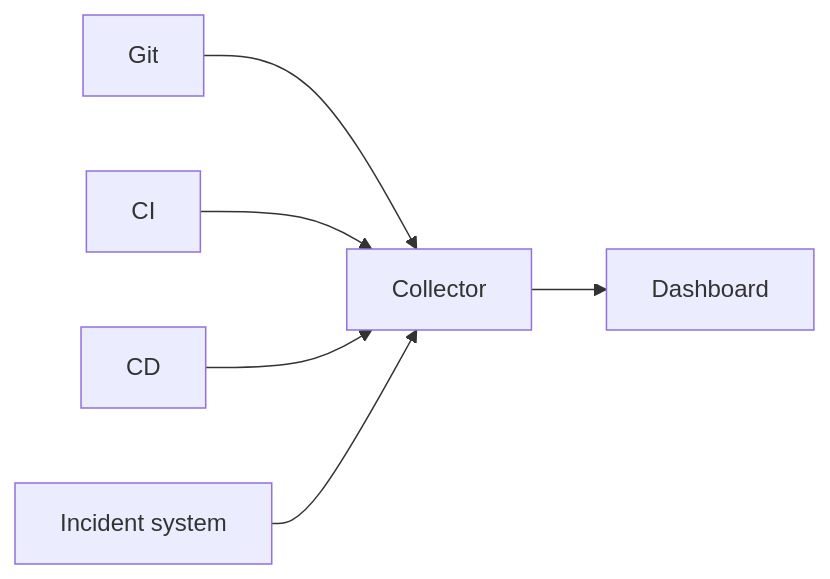
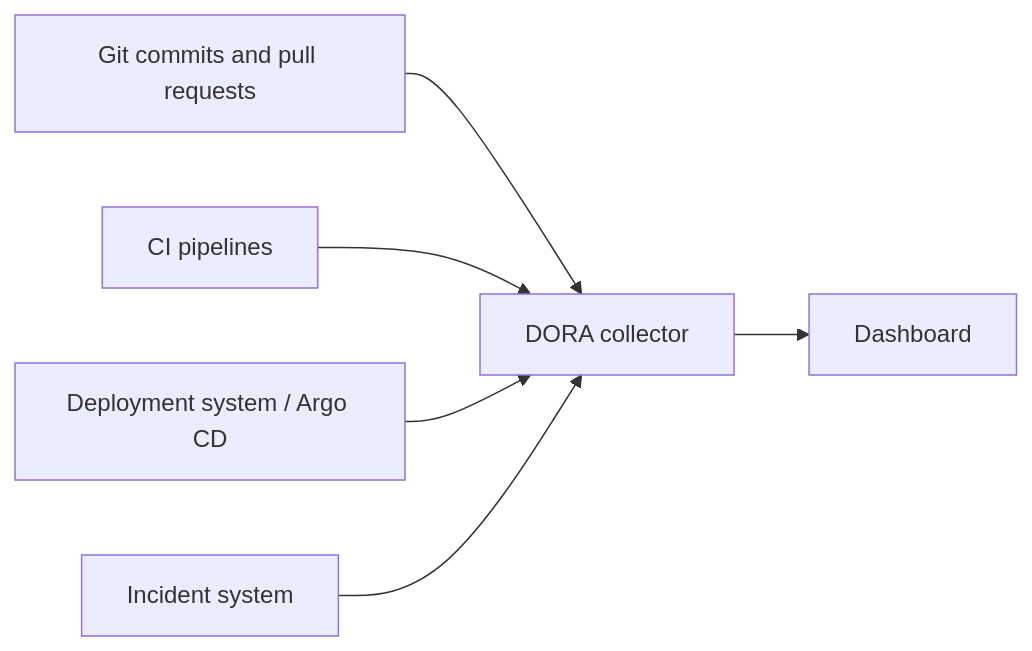
The second of 4 diagrams in ci-cd/dora-metrics.md (mstrugarevic1/docs), drawn with Mermaid before and after one commit. The commit also changed other lines of this file and 1 other file, not shown here.

Commit message:
Refine DORA metrics guide

````diff
--- a/ci-cd/dora-metrics.md
+++ b/ci-cd/dora-metrics.md
@@ -24,8 +135,8 @@
 ```mermaid
 flowchart LR
-  git[Git] --> collector[Collector]
-  ci[CI] --> collector
-  cd[CD] --> collector
+  git[Git commits and pull requests] --> collector[DORA collector]
+  ci[CI pipelines] --> collector
+  cd[Deployment system / Argo CD] --> collector
   incidents[Incident system] --> collector
   collector --> dashboard[Dashboard]
 ```
````
